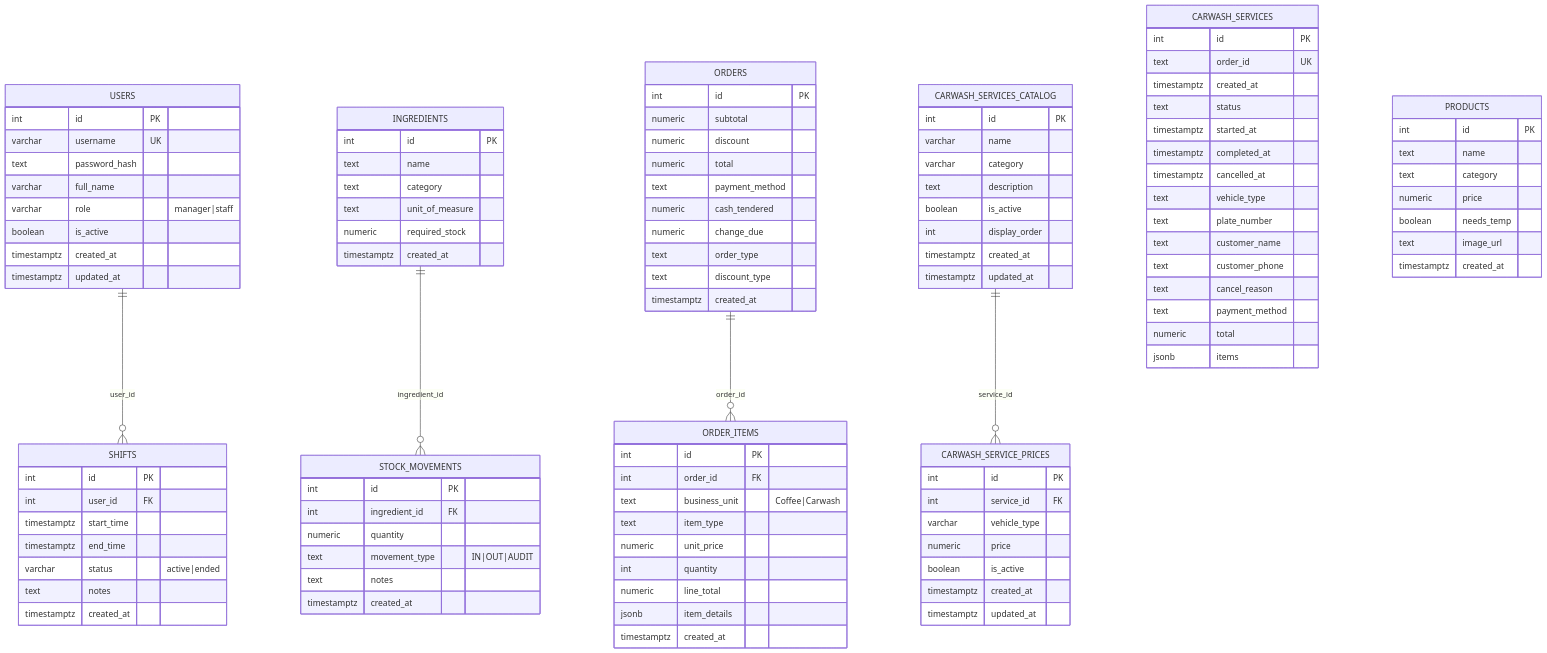
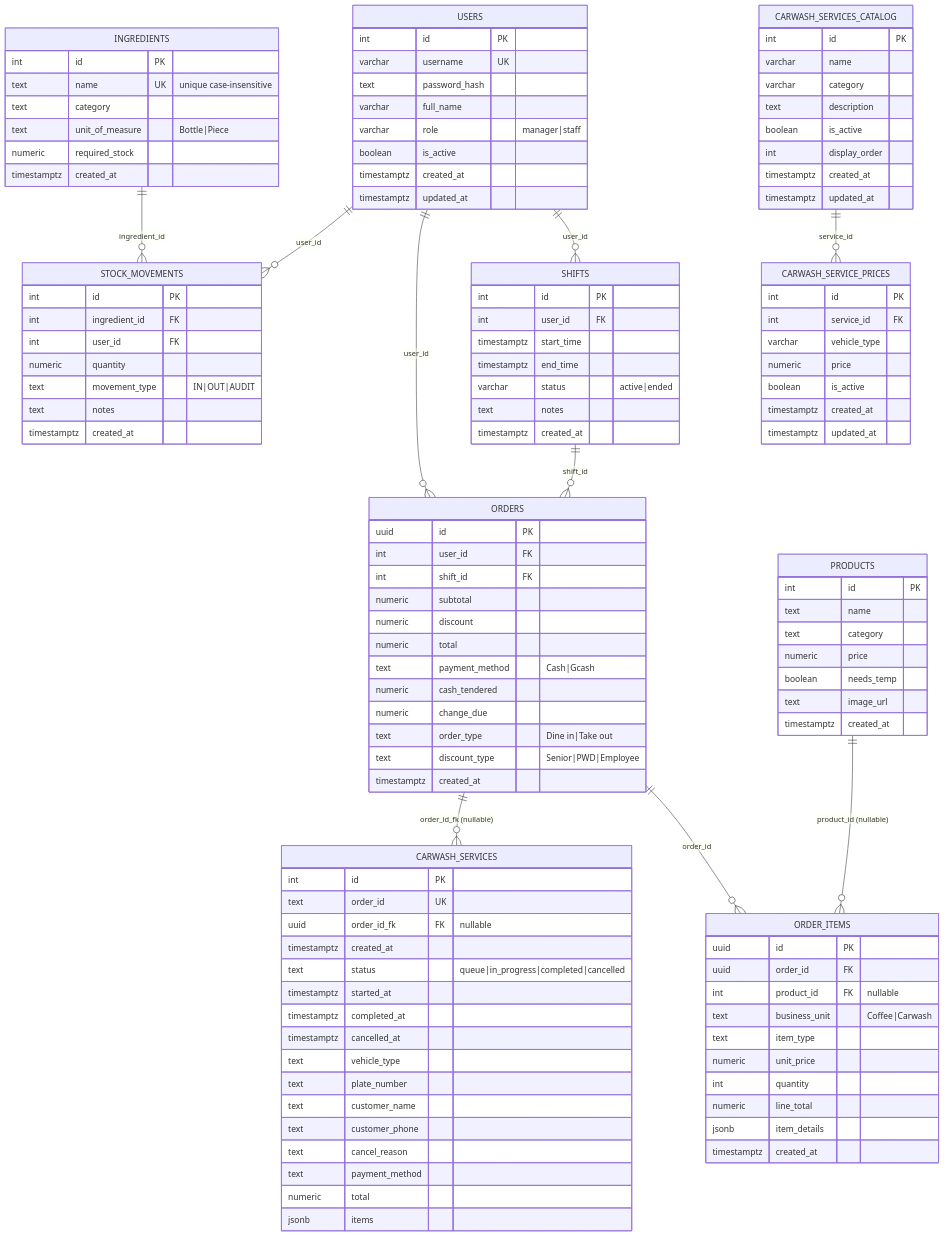
The diagram in ERD.md (kittyryl/onefaith-backend), drawn with Mermaid before and after one commit. The commit also changed other lines of this file, not shown here.

Commit message:
Update ERD to reflect connected schema with user/shift/product linking

````diff
--- a/ERD.md
+++ b/ERD.md
@@ -5,15 +5,24 @@
 ```mermaid
 erDiagram
   USERS ||--o{ SHIFTS : "user_id"
+  USERS ||--o{ ORDERS : "user_id"
+  USERS ||--o{ STOCK_MOVEMENTS : "user_id"
+  SHIFTS ||--o{ ORDERS : "shift_id"
+  
+  ORDERS ||--o{ ORDER_ITEMS : "order_id"
+  PRODUCTS ||--o{ ORDER_ITEMS : "product_id (nullable)"
+  
   INGREDIENTS ||--o{ STOCK_MOVEMENTS : "ingredient_id"
-  ORDERS ||--o{ ORDER_ITEMS : "order_id"
+  
   CARWASH_SERVICES_CATALOG ||--o{ CARWASH_SERVICE_PRICES : "service_id"
+  ORDERS ||--o{ CARWASH_SERVICES : "order_id_fk (nullable)"
 
   CARWASH_SERVICES {
     int id PK
     text order_id UK
+    uuid order_id_fk FK "nullable"
     timestamptz created_at
-    text status
+    text status "queue|in_progress|completed|cancelled"
     timestamptz started_at
     timestamptz completed_at
     timestamptz cancelled_at
@@ -81,9 +90,9 @@
 
   INGREDIENTS {
     int id PK
-    text name
+    text name UK "unique case-insensitive"
     text category
-    text unit_of_measure
+    text unit_of_measure "Bottle|Piece"
     numeric required_stock
     timestamptz created_at
   }
@@ -91,6 +100,7 @@
   STOCK_MOVEMENTS {
     int id PK
     int ingredient_id FK
+    int user_id FK
     numeric quantity
     text movement_type "IN|OUT|AUDIT"
     text notes
@@ -98,21 +108,24 @@
   }
 
   ORDERS {
-    int id PK
+    uuid id PK
+    int user_id FK
+    int shift_id FK
     numeric subtotal
     numeric discount
     numeric total
-    text payment_method
+    text payment_method "Cash|Gcash"
     numeric cash_tendered
     numeric change_due
-    text order_type
-    text discount_type
+    text order_type "Dine in|Take out"
+    text discount_type "Senior|PWD|Employee"
     timestamptz created_at
   }
 
   ORDER_ITEMS {
-    int id PK
-    int order_id FK
+    uuid id PK
+    uuid order_id FK
+    int product_id FK "nullable"
     text business_unit "Coffee|Carwash"
     text item_type
     numeric unit_price
````
